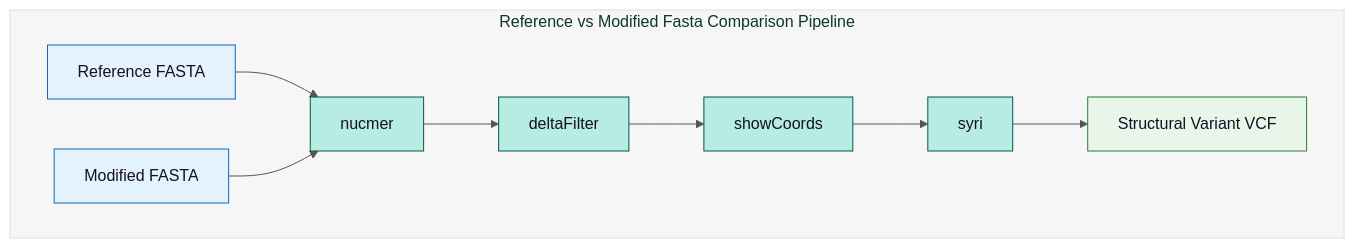
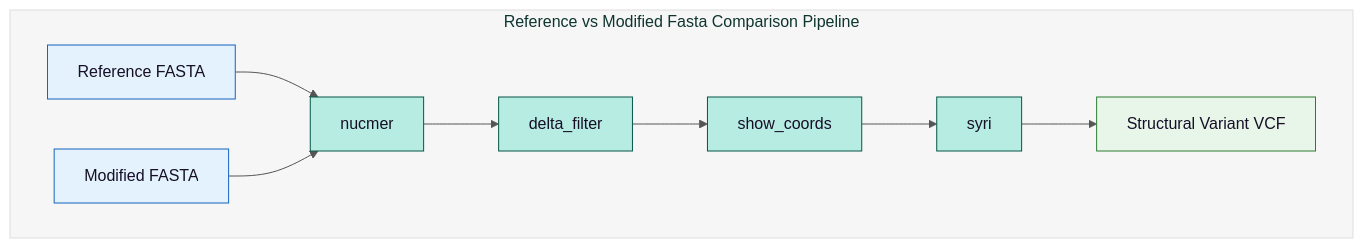
One commit to denisHanch/efsa_pipeline changed the diagram in docs/outputs/fasta-ref-mod.md. Above: the diagram before and after it, drawn with Mermaid. The commit also changed other lines of this file and 13 other files, not shown here.

````diff
--- a/docs/outputs/fasta-ref-mod.md
+++ b/docs/outputs/fasta-ref-mod.md
@@ -5,43 +5,43 @@
 ```mermaid
 %%{init: {
   "theme": "base",
   "themeVariables": {
     "primaryColor": "#B6ECE2",
     "primaryTextColor": "#160F26",
     "primaryBorderColor": "#065647",
     "lineColor": "#545555",
     "clusterBkg": "#BABCBD22",
     "clusterBorder": "#DDDEDE",
     "fontFamily": "arial"
   }
 }}%%
 flowchart TB
 
 %% ===== REF_X_MOD PIPELINE =====
 subgraph REF_X_MOD["Reference vs Modified Fasta Comparison Pipeline"]
 
     %% Inputs
     REF_FASTA["Reference FASTA"]:::input
     MOD_FASTA["Modified FASTA"]:::input
 
     %% Processes
     NUCMER["nucmer"]:::process
-    DELTA["deltaFilter"]:::process
-    SHOWCOORDS["showCoords"]:::process
+    DELTA["delta_filter"]:::process
+    SHOWCOORDS["show_coords"]:::process
     SYRI["syri"]:::process
 
     %% Output
     VCF_OUT["Structural Variant VCF"]:::output
 
     %% Connections
     REF_FASTA --> NUCMER
     MOD_FASTA --> NUCMER
     NUCMER --> DELTA --> SHOWCOORDS --> SYRI --> VCF_OUT
 
 end
 
 %% ===== STYLING =====
 classDef input fill:#E3F2FD,stroke:#1565C0
 classDef process fill:#B6ECE2,stroke:#065647
 classDef output fill:#E8F5E9,stroke:#2E7D32
 ```
````
